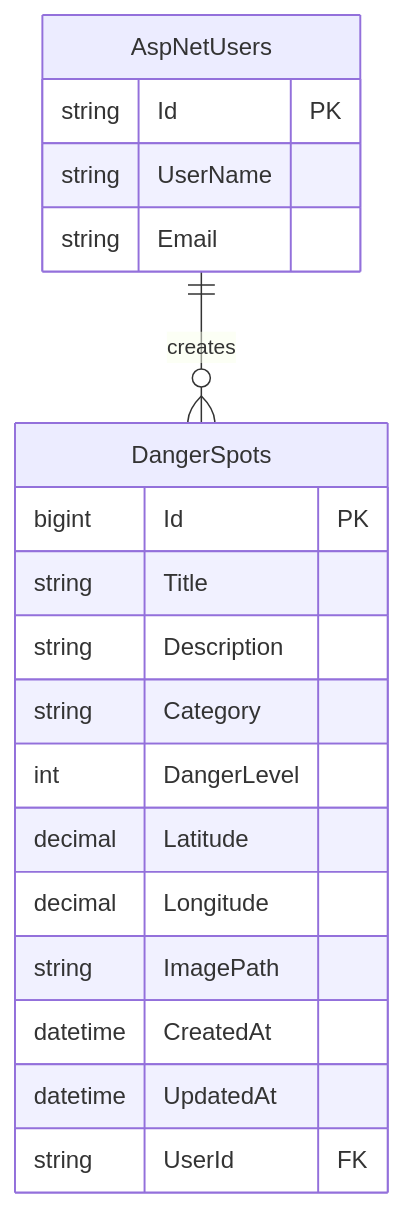
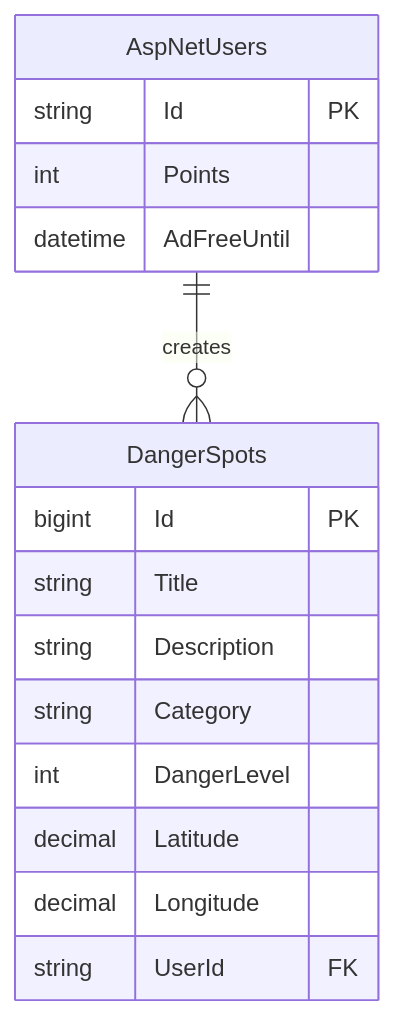
The second of 2 diagrams in design/内部設計.md (ShimosatoRen/SafeWalk-VNJP-v2), drawn with Mermaid before and after one commit. The commit also changed other lines of this file and 4 other files, not shown here.

````diff
--- a/design/内部設計.md
+++ b/design/内部設計.md
@@ -185,25 +46,22 @@
 ```mermaid
 erDiagram
 
     AspNetUsers ||--o{ DangerSpots : creates
 
     AspNetUsers {
         string Id PK
-        string UserName
-        string Email
+        int Points
+        datetime AdFreeUntil
     }
 
     DangerSpots {
         bigint Id PK
         string Title
         string Description
         string Category
         int DangerLevel
         decimal Latitude
         decimal Longitude
-        string ImagePath
-        datetime CreatedAt
-        datetime UpdatedAt
         string UserId FK
     }
 ```
````
